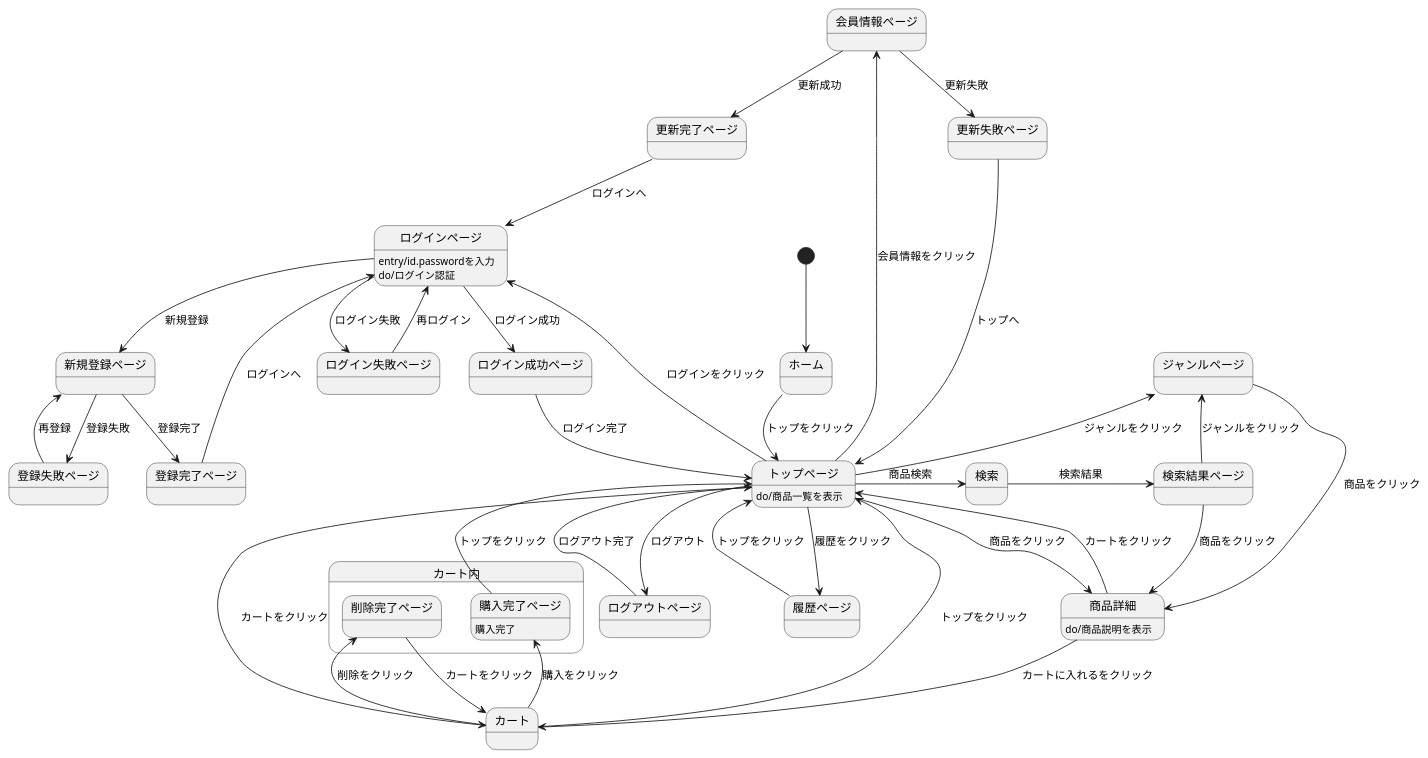
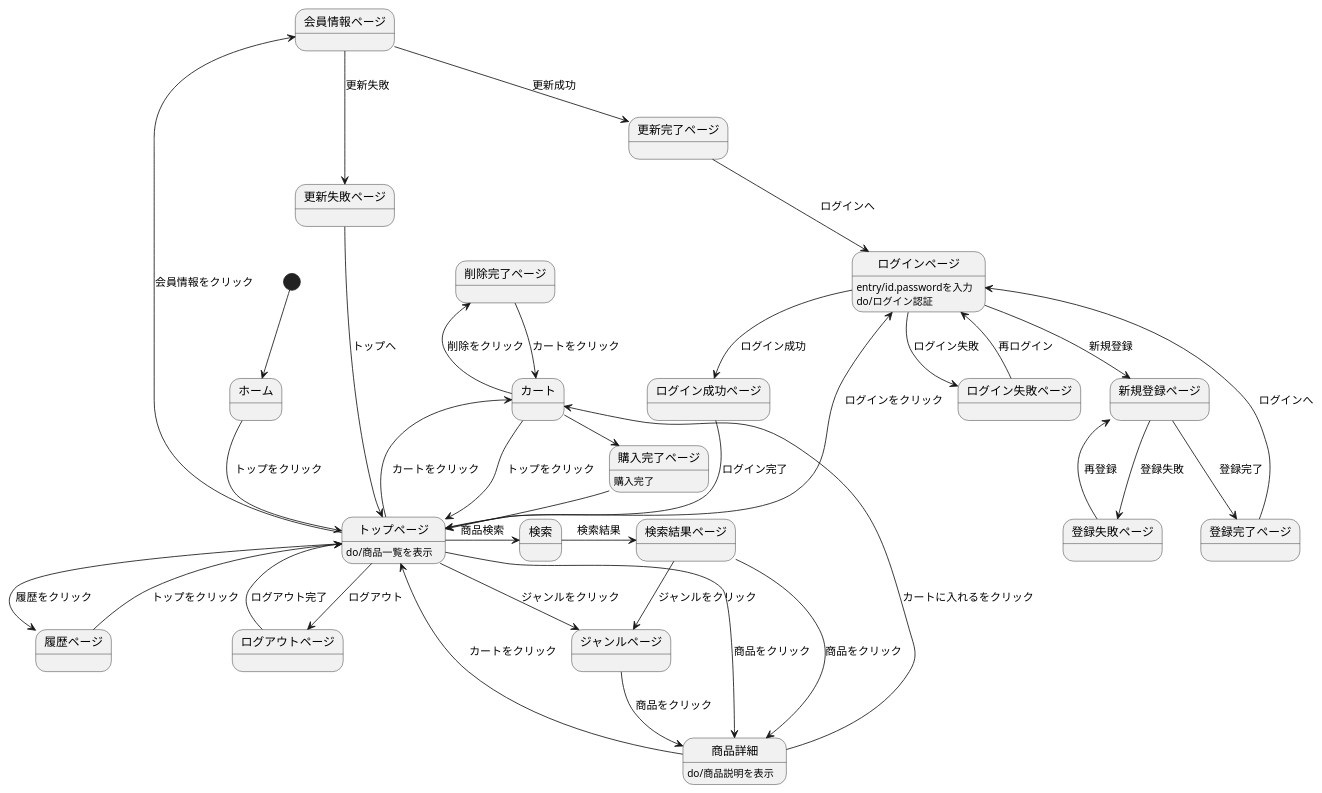
One commit to Aso2001154/2021sys-design changed the diagram in stationary/画面遷移図/kari1.md. Above: the diagram before and after it, drawn with PlantUML.

````diff
--- a/stationary/画面遷移図/kari1.md
+++ b/stationary/画面遷移図/kari1.md
@@ -1,57 +1,57 @@
 ```uml
 @startuml
 [*] --> ホーム
 ホーム --> トップページ : トップをクリック
 トップページ : do/商品一覧を表示
 
 トップページ -left-> ログインページ : ログインをクリック
 ログインページ : entry/id.passwordを入力
 ログインページ : do/ログイン認証
 ログインページ --> ログイン成功ページ : ログイン成功
 ログイン成功ページ --> トップページ : ログイン完了
 ログインページ --> ログイン失敗ページ : ログイン失敗
 ログイン失敗ページ -left-> ログインページ : 再ログイン
 
 ログインページ --> 新規登録ページ : 新規登録
 新規登録ページ --> 登録完了ページ : 登録完了
 登録完了ページ --> ログインページ : ログインへ
 新規登録ページ --> 登録失敗ページ : 登録失敗
 登録失敗ページ --> 新規登録ページ : 再登録
 
 トップページ -> 検索 : 商品検索
 検索 -> 検索結果ページ : 検索結果
 検索結果ページ --> ジャンルページ : ジャンルをクリック
 検索結果ページ --> 商品詳細 : 商品をクリック
 
 トップページ -> 商品詳細 : 商品をクリック
 トップページ --> カート : カートをクリック
 
 トップページ --> ログアウトページ : ログアウト
 ログアウトページ --> トップページ : ログアウト完了
 
 トップページ --> 履歴ページ : 履歴をクリック
 履歴ページ --> トップページ : トップをクリック
 
 トップページ -left-> 会員情報ページ : 会員情報をクリック
 会員情報ページ --> 更新完了ページ : 更新成功
 更新完了ページ --> ログインページ : ログインへ
 会員情報ページ --> 更新失敗ページ : 更新失敗
 更新失敗ページ --> トップページ : トップへ
 
 トップページ -left-> ジャンルページ :  ジャンルをクリック
 ジャンルページ --> 商品詳細 : 商品をクリック
 
 商品詳細 --> カート : カートに入れるをクリック
 商品詳細 --> トップページ : カートをクリック
 商品詳細 : do/商品説明を表示
 カート -up-> トップページ : トップをクリック
 
-state カート内{
+
 カート -> 購入完了ページ : 購入をクリック
 カート -left> 削除完了ページ : 削除をクリック
 削除完了ページ --> カート : カートをクリック
 購入完了ページ -> トップページ : トップをクリック
 購入完了ページ : 購入完了
-}
+
 @enduml
 ```
````
